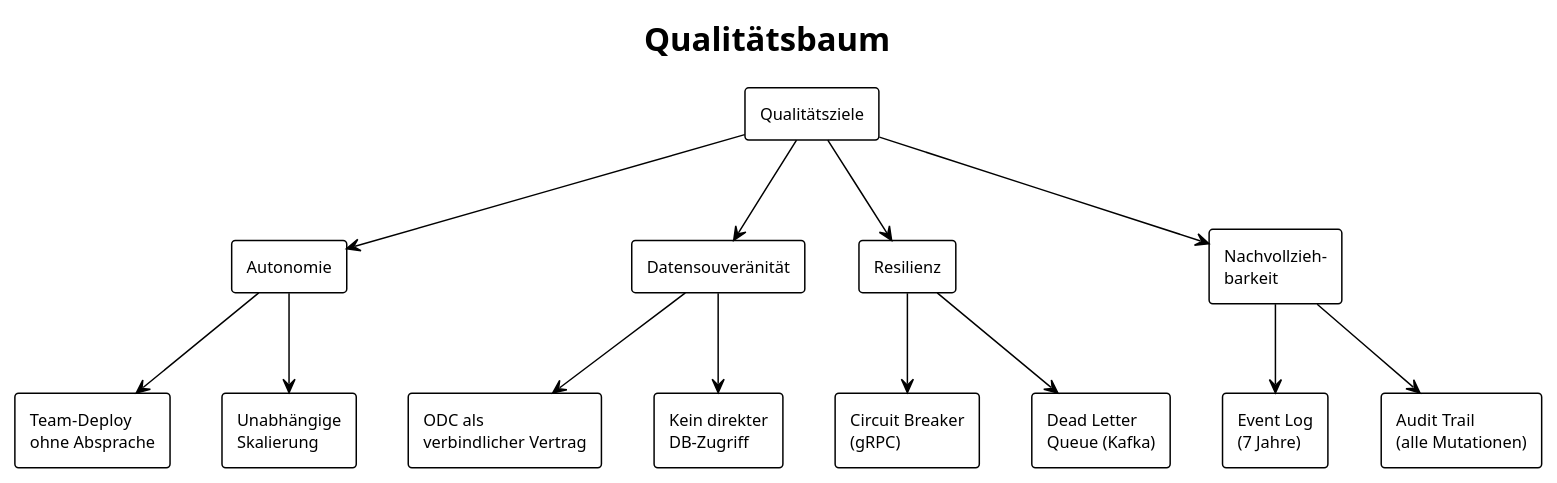
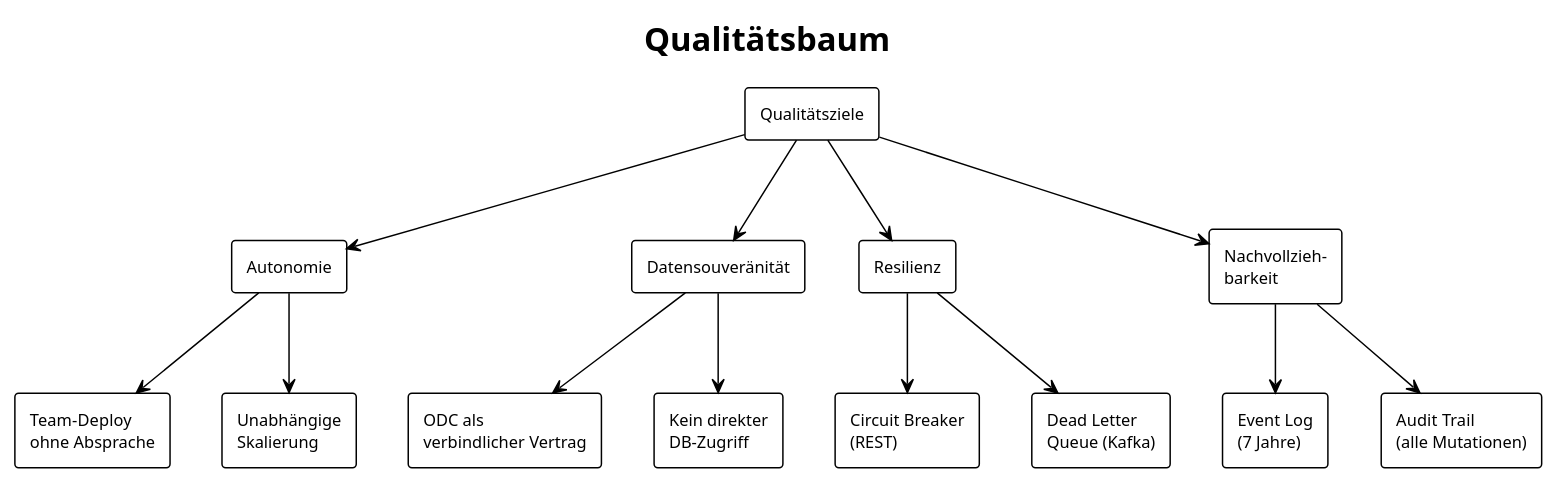
Diagram 13 of 13 in specs/arc42.md (LukasW/datamesh), drawn with PlantUML before and after one commit. The commit also changed other lines of this file and 77 other files, not shown here.

````diff
--- a/specs/arc42.md
+++ b/specs/arc42.md
@@ -820,41 +881,41 @@
 ```plantuml
 @startuml quality-tree
 !theme plain
 skinparam defaultFontSize 11
 
 title Qualitätsbaum
 
 rectangle "Qualitätsziele" as ROOT
 
 rectangle "Autonomie" as A
 rectangle "Team-Deploy\nohne Absprache" as A1
 rectangle "Unabhängige\nSkalierung" as A2
 
 rectangle "Datensouveränität" as B
 rectangle "ODC als\nverbindlicher Vertrag" as B1
 rectangle "Kein direkter\nDB-Zugriff" as B2
 
 rectangle "Resilienz" as C
-rectangle "Circuit Breaker\n(gRPC)" as C1
+rectangle "Circuit Breaker\n(REST)" as C1
 rectangle "Dead Letter\nQueue (Kafka)" as C2
 
 rectangle "Nachvollzieh-\nbarkeit" as D
 rectangle "Event Log\n(7 Jahre)" as D1
 rectangle "Audit Trail\n(alle Mutationen)" as D2
 
 ROOT --> A
 ROOT --> B
 ROOT --> C
 ROOT --> D
 
 A --> A1
 A --> A2
 B --> B1
 B --> B2
 C --> C1
 C --> C2
 D --> D1
 D --> D2
 
 @enduml
 ```
````
